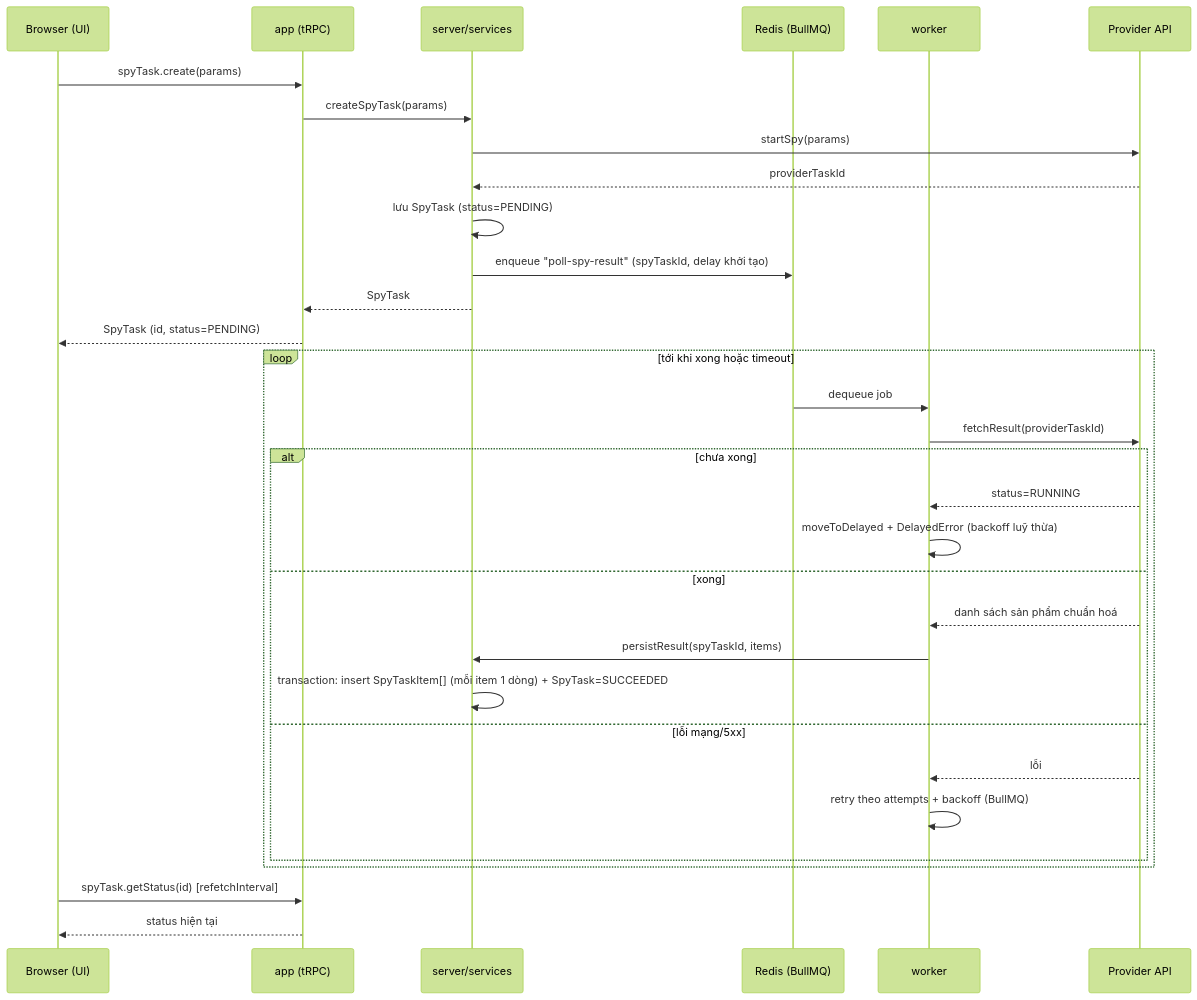
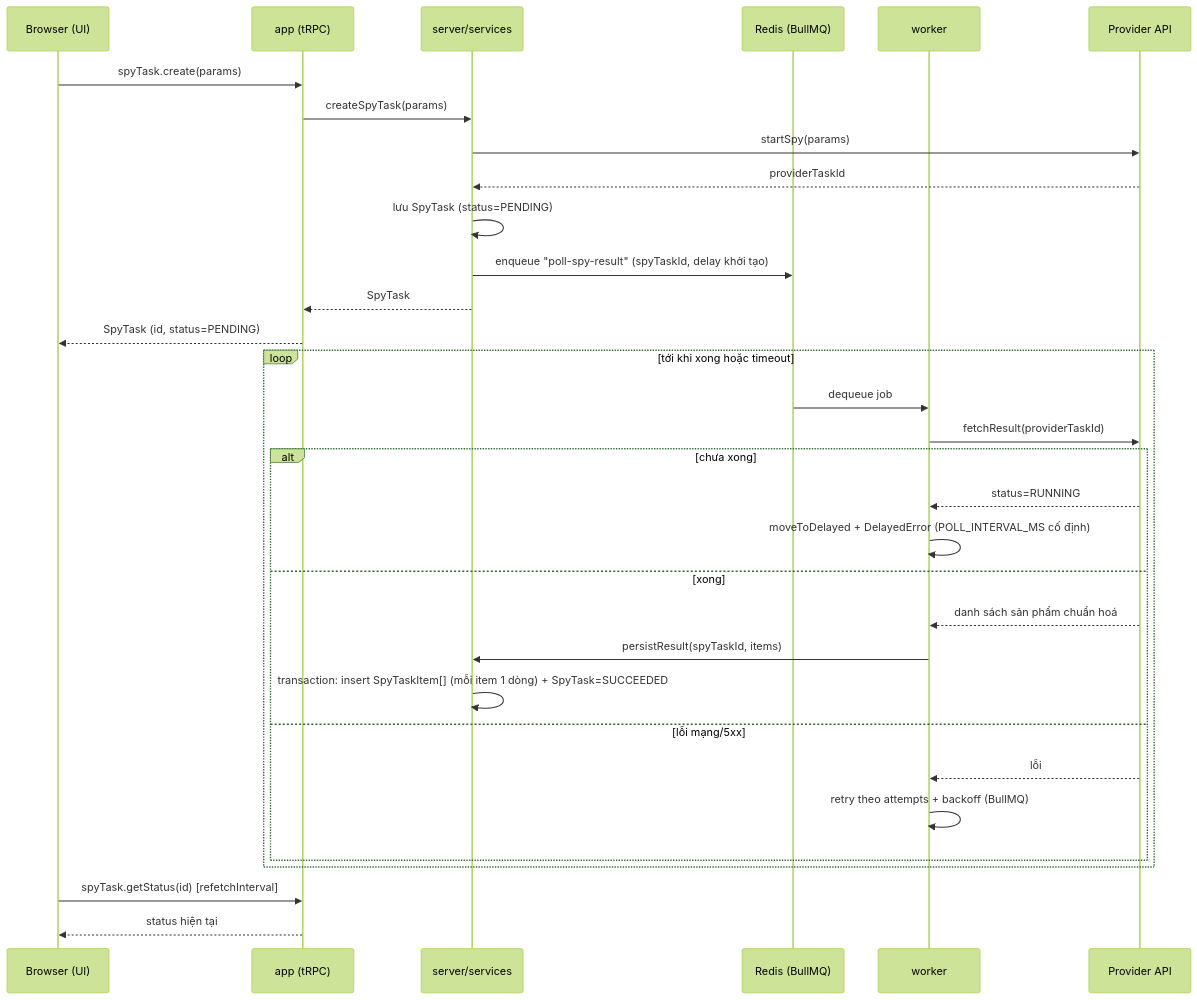
One commit to JSDNG/tiktok-spy changed the diagram in docs/02-architecture/job-pipeline.md. Above: the diagram before and after it, drawn with Mermaid (forest theme). The commit also changed other lines of this file and 7 other files, not shown here.

````diff
--- a/docs/02-architecture/job-pipeline.md
+++ b/docs/02-architecture/job-pipeline.md
@@ -5,37 +5,37 @@
 ```mermaid
 sequenceDiagram
     participant UI as Browser (UI)
     participant App as app (tRPC)
     participant Svc as server/services
     participant Q as Redis (BullMQ)
     participant W as worker
     participant P as Provider API
 
     UI->>App: spyTask.create(params)
     App->>Svc: createSpyTask(params)
     Svc->>P: startSpy(params)
     P-->>Svc: providerTaskId
     Svc->>Svc: lưu SpyTask (status=PENDING)
     Svc->>Q: enqueue "poll-spy-result" (spyTaskId, delay khởi tạo)
     Svc-->>App: SpyTask
     App-->>UI: SpyTask (id, status=PENDING)
 
     loop tới khi xong hoặc timeout
         Q->>W: dequeue job
         W->>P: fetchResult(providerTaskId)
         alt chưa xong
             P-->>W: status=RUNNING
-            W->>W: moveToDelayed + DelayedError (backoff luỹ thừa)
+            W->>W: moveToDelayed + DelayedError (POLL_INTERVAL_MS cố định)
         else xong
             P-->>W: danh sách sản phẩm chuẩn hoá
             W->>Svc: persistResult(spyTaskId, items)
             Svc->>Svc: transaction: insert SpyTaskItem[] (mỗi item 1 dòng) + SpyTask=SUCCEEDED
         else lỗi mạng/5xx
             P-->>W: lỗi
             W->>W: retry theo attempts + backoff (BullMQ)
         end
     end
 
     UI->>App: spyTask.getStatus(id) [refetchInterval]
     App-->>UI: status hiện tại
 ```
````
